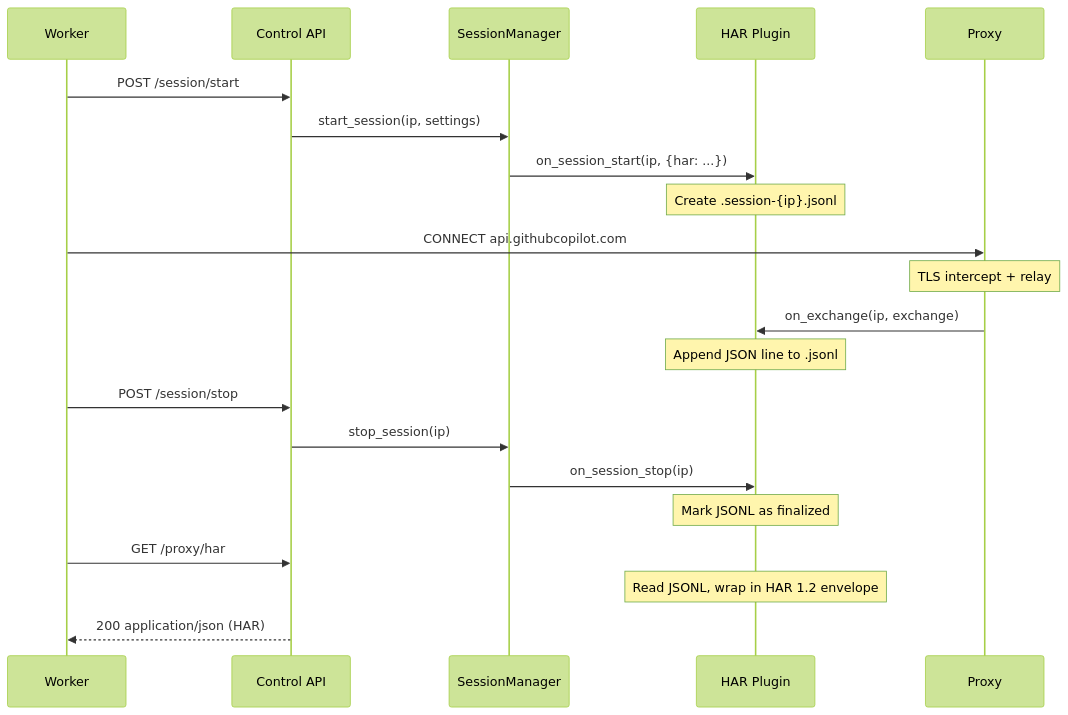
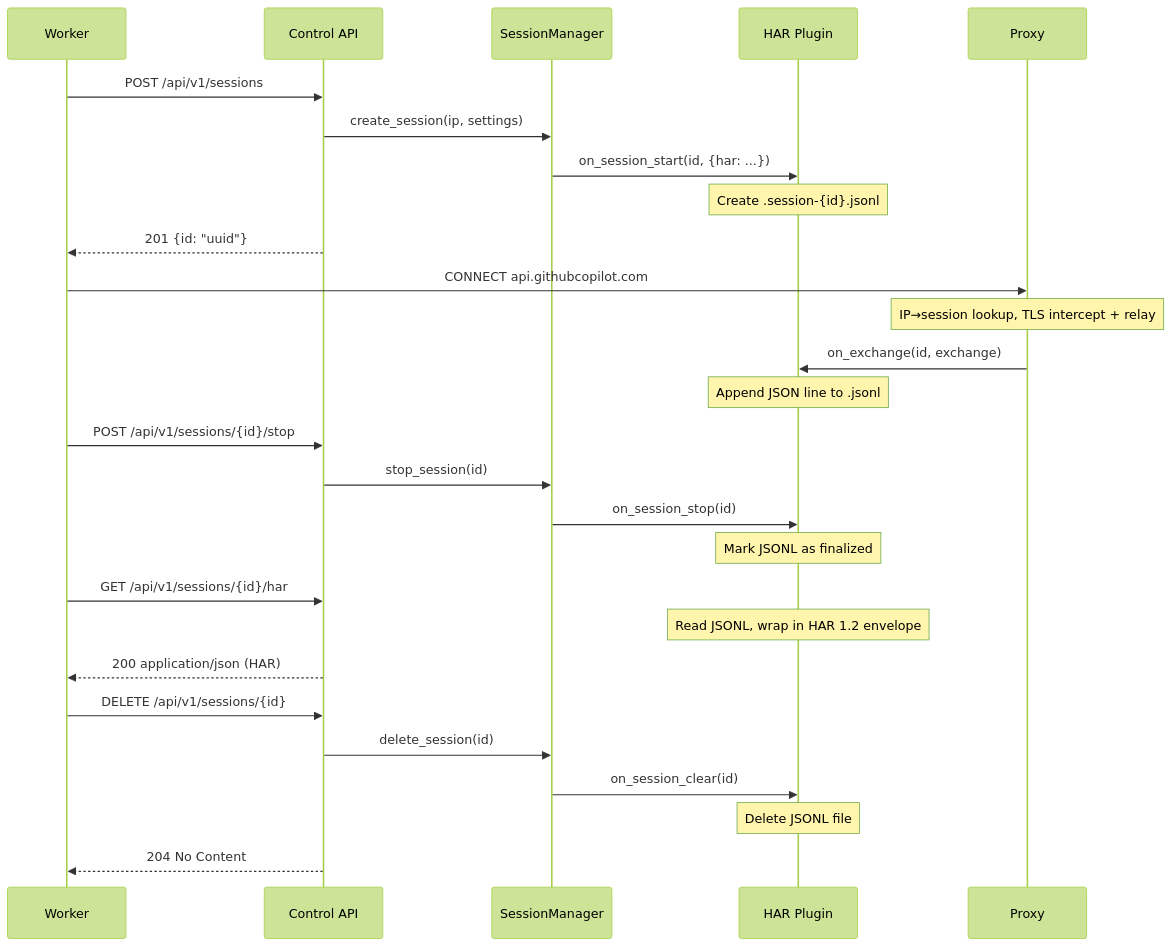
One commit to Gile987/scope changed the third of 3 diagrams in docs/architecture/ai-gateway.md. Above: the diagram before and after it, drawn with Mermaid (forest theme). The commit also changed other lines of this file, not shown here.

First line of the commit message:
docs: update ai-gateway.md for RESTful API endpoints

````diff
--- a/docs/architecture/ai-gateway.md
+++ b/docs/architecture/ai-gateway.md
@@ -135,27 +142,34 @@
 ```mermaid
 sequenceDiagram
     participant W as Worker
     participant API as Control API
     participant SM as SessionManager
     participant HAR as HAR Plugin
     participant PX as Proxy
 
-    W->>API: POST /session/start
-    API->>SM: start_session(ip, settings)
-    SM->>HAR: on_session_start(ip, {har: ...})
-    Note over HAR: Create .session-{ip}.jsonl
+    W->>API: POST /api/v1/sessions
+    API->>SM: create_session(ip, settings)
+    SM->>HAR: on_session_start(id, {har: ...})
+    Note over HAR: Create .session-{id}.jsonl
+    API-->>W: 201 {id: "uuid"}
 
     W->>PX: CONNECT api.githubcopilot.com
-    Note over PX: TLS intercept + relay
-    PX->>HAR: on_exchange(ip, exchange)
+    Note over PX: IP→session lookup, TLS intercept + relay
+    PX->>HAR: on_exchange(id, exchange)
     Note over HAR: Append JSON line to .jsonl
 
-    W->>API: POST /session/stop
-    API->>SM: stop_session(ip)
-    SM->>HAR: on_session_stop(ip)
+    W->>API: POST /api/v1/sessions/{id}/stop
+    API->>SM: stop_session(id)
+    SM->>HAR: on_session_stop(id)
     Note over HAR: Mark JSONL as finalized
 
-    W->>API: GET /proxy/har
+    W->>API: GET /api/v1/sessions/{id}/har
     Note over HAR: Read JSONL, wrap in HAR 1.2 envelope
     API-->>W: 200 application/json (HAR)
+
+    W->>API: DELETE /api/v1/sessions/{id}
+    API->>SM: delete_session(id)
+    SM->>HAR: on_session_clear(id)
+    Note over HAR: Delete JSONL file
+    API-->>W: 204 No Content
 ```
````
